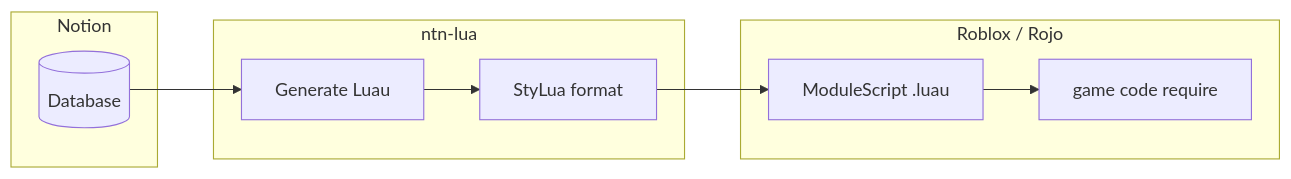
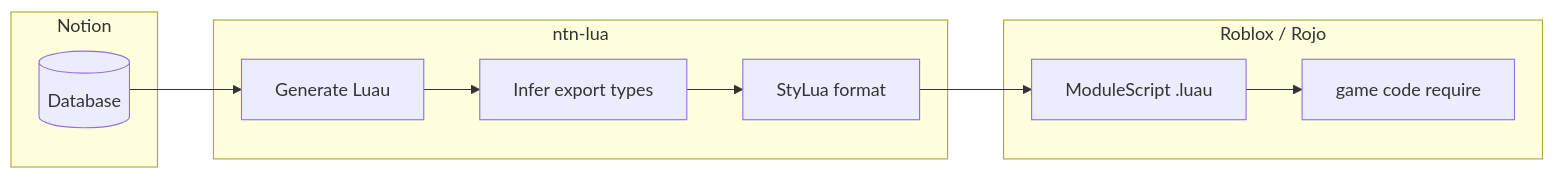
The diagram in README.md (Zac134/NotionToLua), drawn with Mermaid before and after one commit. The commit also changed other lines of this file and 15 other files, not shown here.

````diff
--- a/README.md
+++ b/README.md
@@ -24,15 +23,16 @@
 ```mermaid
 flowchart LR
   subgraph notion [Notion]
     DB[(Database)]
   end
   subgraph cli [ntn-lua]
     GEN[Generate Luau]
+    TYP[Infer export types]
     FMT[StyLua format]
   end
   subgraph roblox [Roblox / Rojo]
     MOD[ModuleScript .luau]
     GAME[game code require]
   end
-  DB --> GEN --> FMT --> MOD --> GAME
+  DB --> GEN --> TYP --> FMT --> MOD --> GAME
 ```
````
